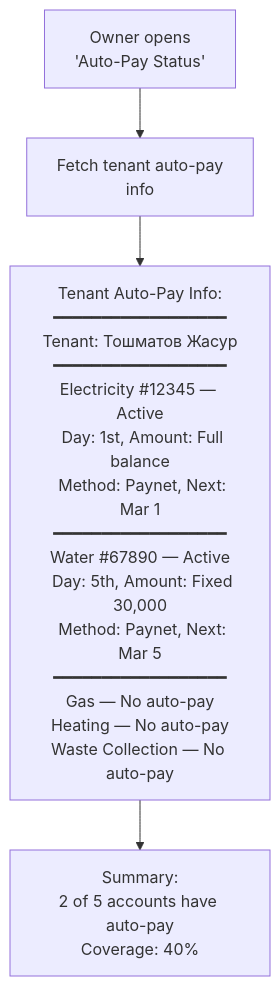
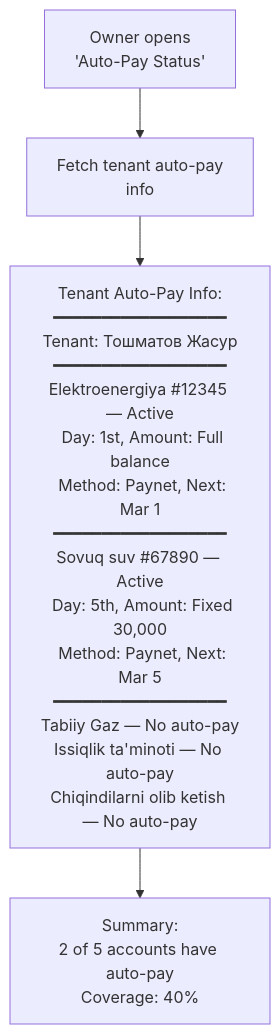
Before and after one commit to saodatm-dev/Utilities---Informational-Architecture: the tenth of 11 diagrams in Utilities - Business Owner.md, drawn with Mermaid. The commit also changed other lines of this file and 1 other file, not shown here.

Commit message:
refactor: Localize utility names to Uzbek, consolidate feature tiers, remove payment service integration, and refine payment flow details.

````diff
--- a/Utilities - Business Owner.md
+++ b/Utilities - Business Owner.md
@@ -305,8 +301,8 @@
 ```mermaid
 flowchart TD
     AUTOPAY["Owner opens<br/>'Auto-Pay Status'"] --> LOAD["Fetch tenant auto-pay<br/>info"]
 
-    LOAD --> VIEW["Tenant Auto-Pay Info:<br/>━━━━━━━━━━━━━━━━━━<br/>Tenant: Тошматов Жасур<br/>━━━━━━━━━━━━━━━━━━<br/>Electricity #12345 — Active<br/>  Day: 1st, Amount: Full balance<br/>  Method: Paynet, Next: Mar 1<br/>━━━━━━━━━━━━━━━━━━<br/>Water #67890 — Active<br/>  Day: 5th, Amount: Fixed 30,000<br/>  Method: Paynet, Next: Mar 5<br/>━━━━━━━━━━━━━━━━━━<br/>Gas — No auto-pay<br/>Heating — No auto-pay<br/>Waste Collection — No auto-pay"]
+    LOAD --> VIEW["Tenant Auto-Pay Info:<br/>━━━━━━━━━━━━━━━━━━<br/>Tenant: Тошматов Жасур<br/>━━━━━━━━━━━━━━━━━━<br/>Elektroenergiya #12345 — Active<br/>  Day: 1st, Amount: Full balance<br/>  Method: Paynet, Next: Mar 1<br/>━━━━━━━━━━━━━━━━━━<br/>Sovuq suv #67890 — Active<br/>  Day: 5th, Amount: Fixed 30,000<br/>  Method: Paynet, Next: Mar 5<br/>━━━━━━━━━━━━━━━━━━<br/>Tabiiy Gaz — No auto-pay<br/>Issiqlik ta'minoti — No auto-pay<br/>Chiqindilarni olib ketish — No auto-pay"]
 
     VIEW --> SUMMARY["Summary:<br/>2 of 5 accounts have auto-pay<br/>Coverage: 40%"]
 ```
````
